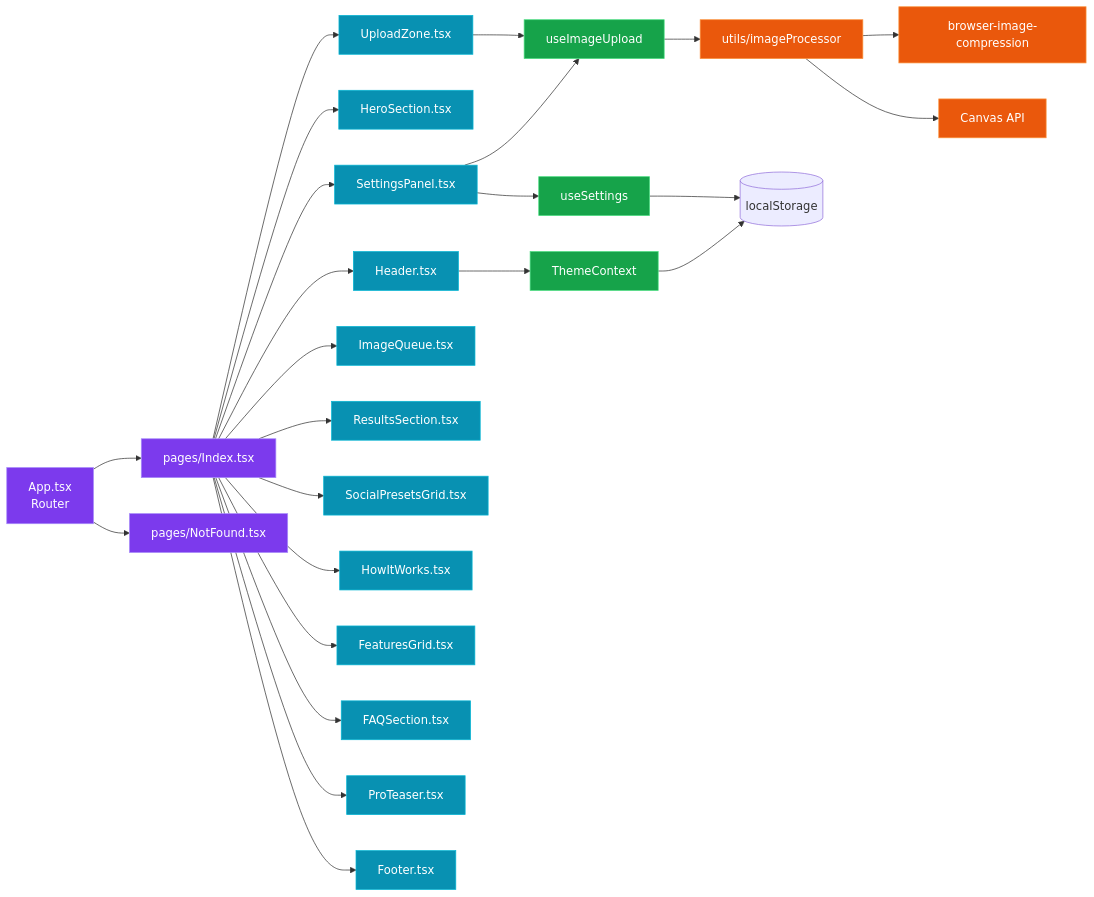
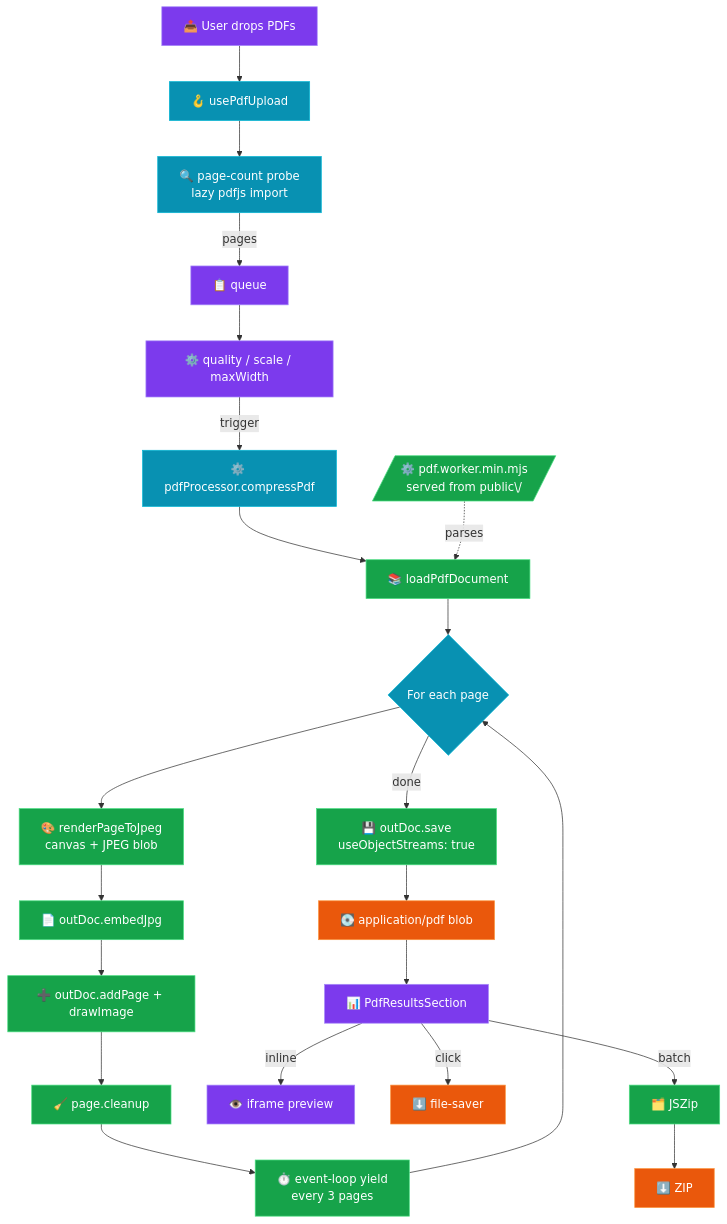
One commit to girishlade111/image-squeeze-express changed the third of 5 diagrams in README.md. Above: the diagram before and after it, drawn with Mermaid. The commit also changed other lines of this file, not shown here.

Commit message:
docs: update README to reflect expanded file toolkit capabilities and features

````diff
--- a/README.md
+++ b/README.md
@@ -172,40 +355,37 @@
 ```mermaid
-flowchart LR
-    App[App.tsx<br/>Router] --> Index[pages/Index.tsx]
-    App --> NotFound[pages/NotFound.tsx]
+flowchart TB
+    Drop[📤 User drops PDFs] --> Hook[🪝 usePdfUpload]
+    Hook --> Probe[🔍 page-count probe<br/>lazy pdfjs import]
+    Probe -->|pages| Queue[📋 queue]
+    Queue --> Set[⚙️ quality / scale / maxWidth]
+    Set -->|trigger| Proc[⚙️ pdfProcessor.compressPdf]
 
-    Index --> Header[Header.tsx]
-    Index --> Hero[HeroSection.tsx]
-    Index --> Upload[UploadZone.tsx]
-    Index --> Settings[SettingsPanel.tsx]
-    Index --> Queue[ImageQueue.tsx]
-    Index --> Results[ResultsSection.tsx]
-    Index --> Presets[SocialPresetsGrid.tsx]
-    Index --> How[HowItWorks.tsx]
-    Index --> Features[FeaturesGrid.tsx]
-    Index --> FAQ[FAQSection.tsx]
-    Index --> Pro[ProTeaser.tsx]
-    Index --> Footer[Footer.tsx]
+    Proc --> Load[📚 loadPdfDocument]
+    Load --> Loop{For each page}
+    Loop --> Render[🎨 renderPageToJpeg<br/>canvas + JPEG blob]
+    Render --> Embed[📄 outDoc.embedJpg]
+    Embed --> Add[➕ outDoc.addPage + drawImage]
+    Add --> Cleanup[🧹 page.cleanup]
+    Cleanup --> Yield[⏱️ event-loop yield<br/>every 3 pages]
+    Yield --> Loop
+    Loop -->|done| Save[💾 outDoc.save<br/>useObjectStreams: true]
+    Save --> Blob[💽 application/pdf blob]
 
-    Header --> Theme[ThemeContext]
-    Upload --> UploadHook[useImageUpload]
-    Settings --> SettingsHook[useSettings]
-    Settings --> UploadHook
+    Blob --> Result[📊 PdfResultsSection]
+    Result -->|inline| Iframe[👁️ iframe preview]
+    Result -->|click| Save1[⬇️ file-saver]
+    Result -->|batch| Zip[🗂️ JSZip]
+    Zip --> Save2[⬇️ ZIP]
 
-    UploadHook --> Processor[utils/imageProcessor]
-    SettingsHook --> LS[(localStorage)]
-    Theme --> LS
+    Worker[/⚙️ pdf.worker.min.mjs<br/>served from public\//] -.->|parses| Load
 
-    Processor --> BIC[browser-image-compression]
-    Processor --> Canvas[Canvas API]
+    classDef ui fill:#7c3aed,stroke:#a78bfa,color:#fff
+    classDef logic fill:#0891b2,stroke:#06b6d4,color:#fff
+    classDef util fill:#16a34a,stroke:#4ade80,color:#fff
+    classDef out fill:#ea580c,stroke:#fb923c,color:#fff
 
-    classDef page fill:#7c3aed,stroke:#a78bfa,color:#fff
-    classDef comp fill:#0891b2,stroke:#06b6d4,color:#fff
-    classDef hook fill:#16a34a,stroke:#4ade80,color:#fff
-    classDef util fill:#ea580c,stroke:#fb923c,color:#fff
-
-    class App,Index,NotFound page
-    class Header,Hero,Upload,Settings,Queue,Results,Presets,How,Features,FAQ,Pro,Footer comp
-    class UploadHook,SettingsHook,Theme hook
-    class Processor,BIC,Canvas util
+    class Drop,Queue,Set,Result,Iframe ui
+    class Hook,Probe,Proc,Loop logic
+    class Load,Render,Embed,Add,Cleanup,Yield,Save,Zip,Worker util
+    class Blob,Save1,Save2 out
 ```
````
